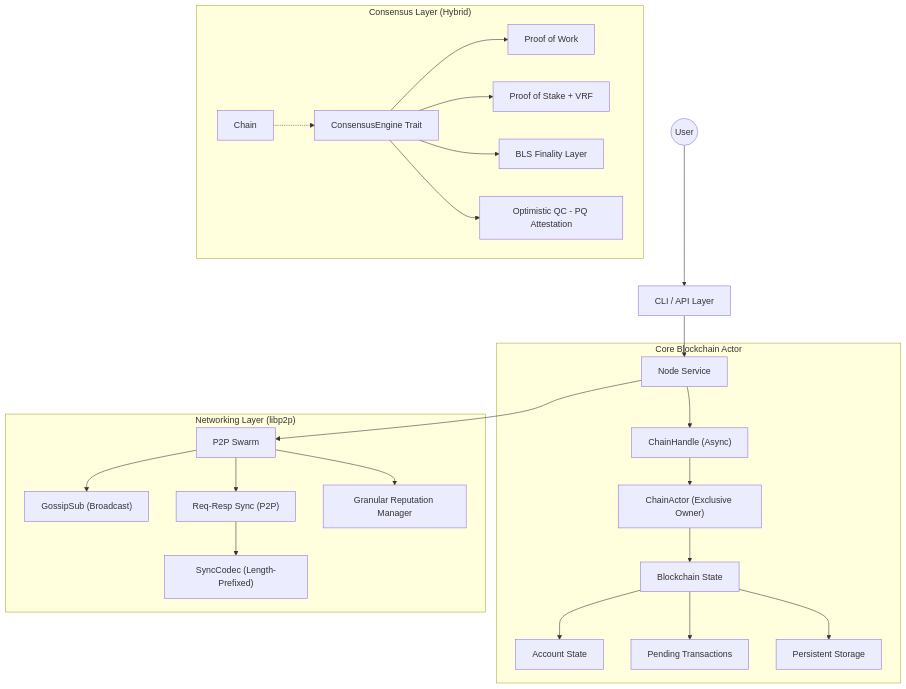
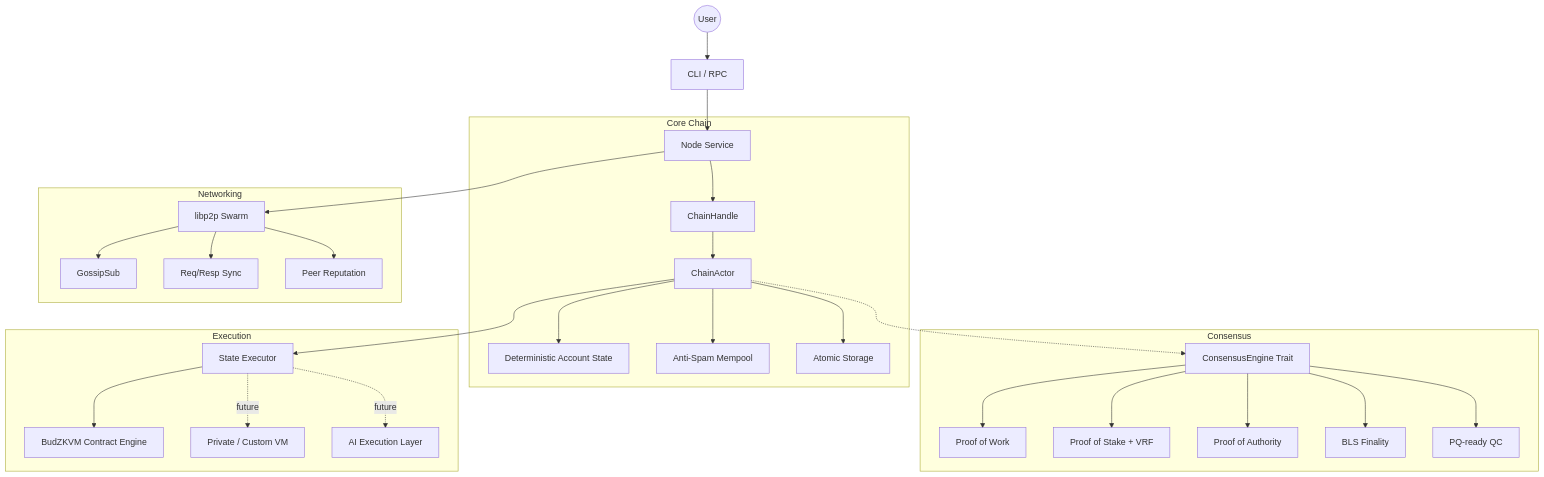
The diagram in README.md (Budlum/Budlum), drawn with Mermaid before and after one commit. The commit also changed other lines of this file and 2 other files, not shown here.

````diff
--- a/README.md
+++ b/README.md
@@ -30,30 +36,36 @@
 ```mermaid
 graph TD
-    User(("User")) --> CLI["CLI / API Layer"]
+    User(("User")) --> CLI["CLI / RPC"]
     CLI --> Node["Node Service"]
-    
-    subgraph "Core Blockchain Actor"
-        Node --> ChainHandle["ChainHandle (Async)"]
-        ChainHandle --> ChainActor["ChainActor (Exclusive Owner)"]
-        ChainActor --> Blockchain["Blockchain State"]
-        Blockchain --> State["Account State"]
-        Blockchain --> Mempool["Pending Transactions"]
-        Blockchain --> Store["Persistent Storage"]
+
+    subgraph "Core Chain"
+        Node --> ChainHandle["ChainHandle"]
+        ChainHandle --> ChainActor["ChainActor"]
+        ChainActor --> State["Deterministic Account State"]
+        ChainActor --> Mempool["Anti-Spam Mempool"]
+        ChainActor --> Storage["Atomic Storage"]
     end
 
-    subgraph "Consensus Layer (Hybrid)"
-        Chain -.-> Engine["ConsensusEngine Trait"]
+    subgraph "Consensus"
+        ChainActor -.-> Engine["ConsensusEngine Trait"]
         Engine --> PoW["Proof of Work"]
         Engine --> PoS["Proof of Stake + VRF"]
-        Engine --> Finality["BLS Finality Layer"]
-        Engine --> QC["Optimistic QC - PQ Attestation"]
+        Engine --> PoA["Proof of Authority"]
+        Engine --> Finality["BLS Finality"]
+        Engine --> QC["PQ-ready QC"]
     end
 
-    subgraph "Networking Layer (libp2p)"
-        Node --> Swarm["P2P Swarm"]
-        Swarm --> Gossip["GossipSub (Broadcast)"]
-        Swarm --> Sync["Req-Resp Sync (P2P)"]
-        Sync --> Codec["SyncCodec (Length-Prefixed)"]
-        Swarm --> PeerMgr["Granular Reputation Manager"]
+    subgraph "Execution"
+        ChainActor --> Executor["State Executor"]
+        Executor --> ZKVM["BudZKVM Contract Engine"]
+        Executor -.->|future| PrivateVM["Private / Custom VM"]
+        Executor -.->|future| AIExec["AI Execution Layer"]
+    end
+
+    subgraph "Networking"
+        Node --> Libp2p["libp2p Swarm"]
+        Libp2p --> Gossip["GossipSub"]
+        Libp2p --> Sync["Req/Resp Sync"]
+        Libp2p --> Reputation["Peer Reputation"]
     end
 ```
````
